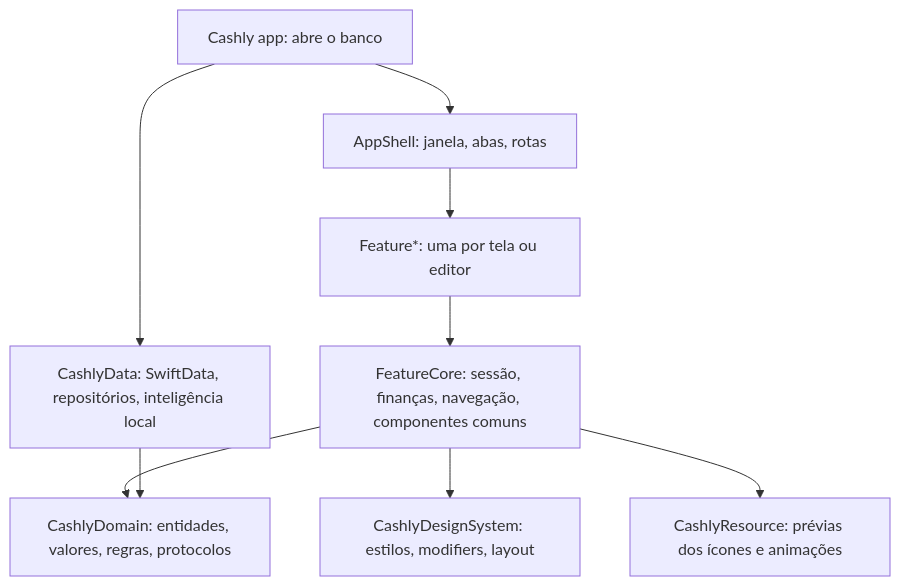
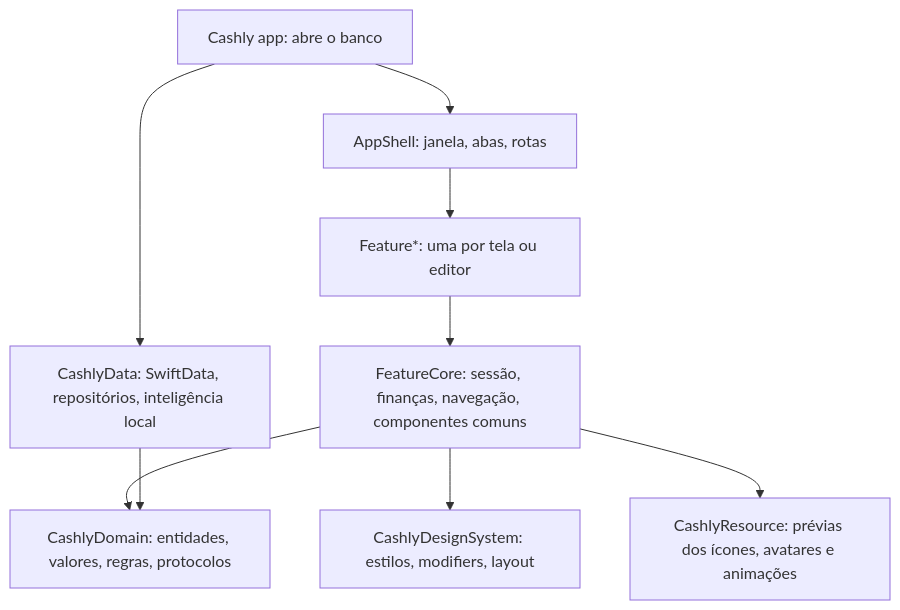
One commit to byescaleira/cashly changed the diagram in docs/architecture.md. Above: the diagram before and after it, drawn with Mermaid. The commit also changed other lines of this file and 60 other files, not shown here.

````diff
--- a/docs/architecture.md
+++ b/docs/architecture.md
@@ -9,11 +9,11 @@
 ```mermaid
 flowchart TD
     App[Cashly app: abre o banco] --> Shell[AppShell: janela, abas, rotas]
     Shell --> Features[Feature*: uma por tela ou editor]
     Features --> Core[FeatureCore: sessão, finanças, navegação, componentes comuns]
     Core --> Domain[CashlyDomain: entidades, valores, regras, protocolos]
     Core --> DS[CashlyDesignSystem: estilos, modifiers, layout]
-    Core --> Resource[CashlyResource: prévias dos ícones e animações]
+    Core --> Resource[CashlyResource: prévias dos ícones, avatares e animações]
     App --> Data[CashlyData: SwiftData, repositórios, inteligência local]
     Data --> Domain
 ```
````
